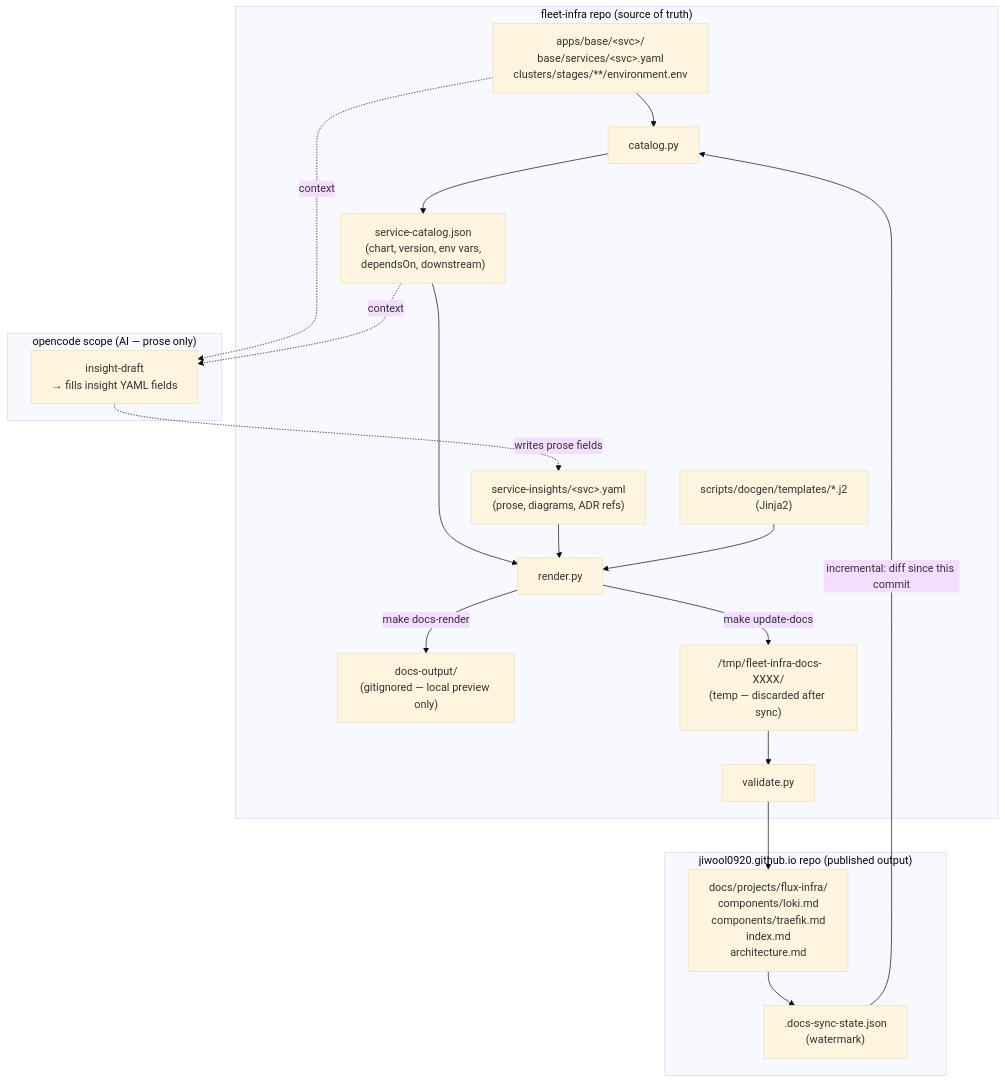
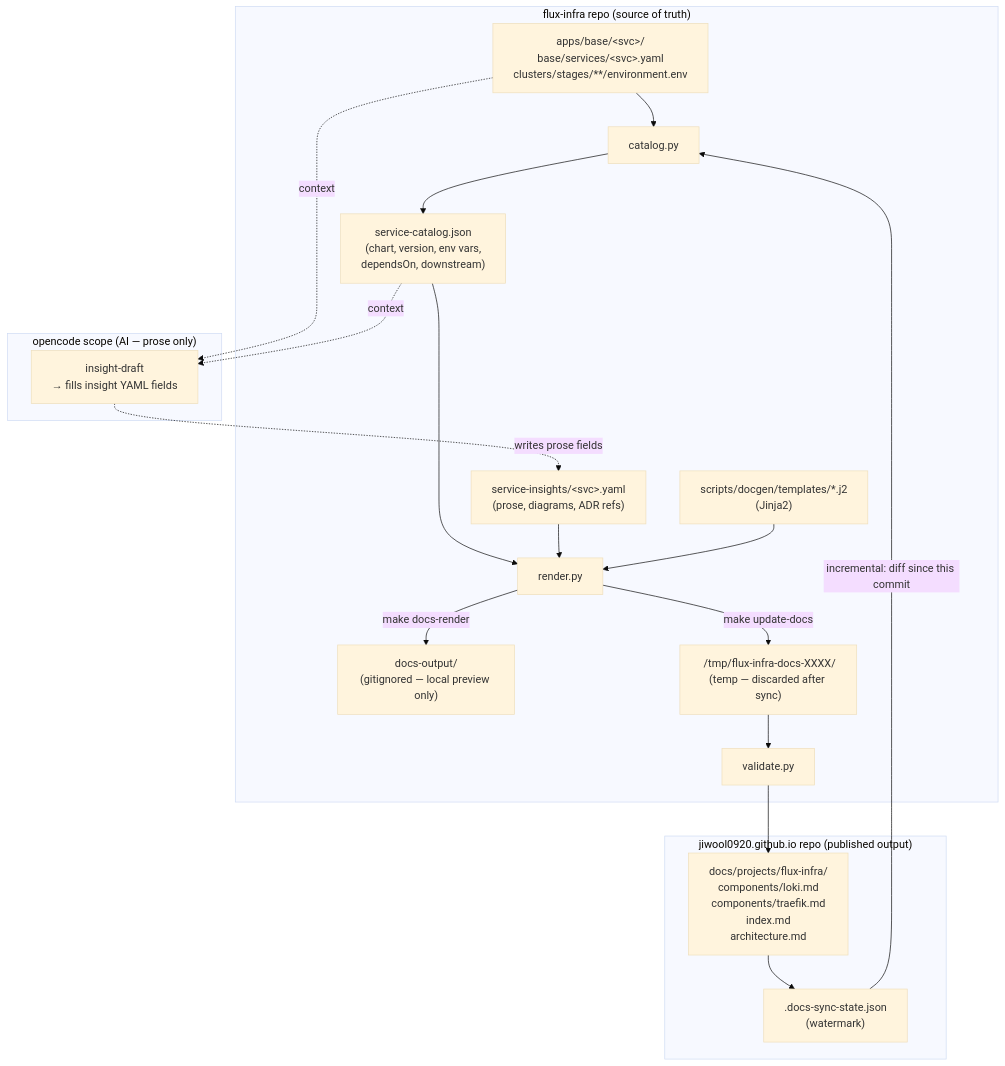
One commit to JiwooL0920/fleet-infra changed the first of 3 diagrams in docs/CONTENT_AUTOMATION.md. Above: the diagram before and after it, drawn with Mermaid (base theme). The commit also changed other lines of this file and 7 other files, not shown here.

````diff
--- a/docs/CONTENT_AUTOMATION.md
+++ b/docs/CONTENT_AUTOMATION.md
@@ -29,38 +35,38 @@
 ```mermaid
 flowchart TD
-    subgraph fleet["fleet-infra repo (source of truth)"]
+    subgraph fleet["flux-infra repo (source of truth)"]
         manifests["apps/base/&lt;svc&gt;/\nbase/services/&lt;svc&gt;.yaml\nclusters/stages/**/environment.env"]
         catalog_py["catalog.py"]
         catalog_json["service-catalog.json\n(chart, version, env vars,\ndependsOn, downstream)"]
         insights["service-insights/&lt;svc&gt;.yaml\n(prose, diagrams, ADR refs)"]
         templates["scripts/docgen/templates/*.j2\n(Jinja2)"]
         render_py["render.py"]
         validate_py["validate.py"]
         docs_output["docs-output/\n(gitignored — local preview only)"]
-        tmp["&nbsp;/tmp/fleet-infra-docs-XXXX/\n(temp — discarded after sync)"]
+        tmp["&nbsp;/tmp/flux-infra-docs-XXXX/\n(temp — discarded after sync)"]
     end
 
     subgraph opencode_scope["opencode scope (AI — prose only)"]
         insight_draft["insight-draft\n→ fills insight YAML fields"]
     end
 
     subgraph blog["jiwool0920.github.io repo (published output)"]
         blog_components["docs/projects/flux-infra/\n  components/loki.md\n  components/traefik.md\n  index.md\n  architecture.md"]
         watermark[".docs-sync-state.json\n(watermark)"]
     end
 
     manifests --> catalog_py --> catalog_json
     catalog_json --> render_py
     insights --> render_py
     templates --> render_py
 
     manifests -.->|context| insight_draft
     catalog_json -.->|context| insight_draft
     insight_draft -.->|writes prose fields| insights
 
     render_py -->|make docs-render| docs_output
     render_py -->|make update-docs| tmp
     tmp --> validate_py --> blog_components
     watermark -->|incremental: diff since this commit| catalog_py
     blog_components --> watermark
 ```
````
